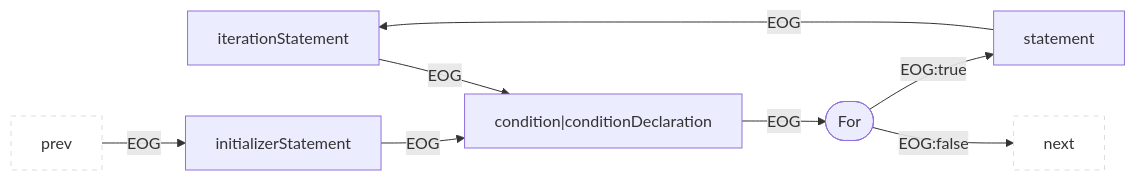
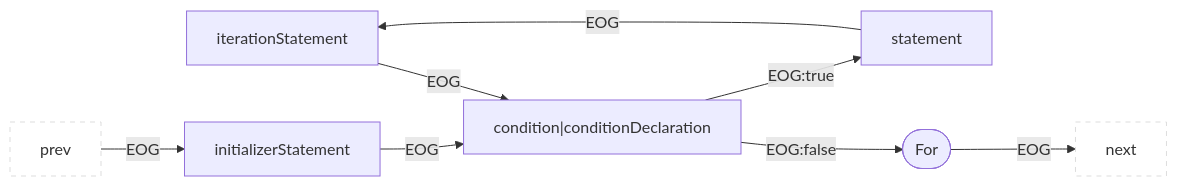
Diagram 38 of 49 in docs/docs/CPG/specs/eog.md (Fraunhofer-AISEC/cpg), drawn with Mermaid before and after one commit. The commit also changed other lines of this file, not shown here.

Commit message:
Adapt specification for EOG

````diff
--- a/docs/docs/CPG/specs/eog.md
+++ b/docs/docs/CPG/specs/eog.md
@@ -759,11 +759,11 @@
 ```mermaid
 flowchart LR
   classDef outer fill:#fff,stroke:#ddd,stroke-dasharray:5 5;
   iteration --EOG--> condition
   statement --EOG--> iteration["iterationStatement"]
   prev:::outer --EOG--> initializer["initializerStatement"]
-  parent --EOG:false--> next:::outer
   initializer --EOG--> condition["condition|conditionDeclaration"]
-  condition --EOG--> parent
-  parent(["For"]) --EOG:true--> statement["statement"]
+  condition --EOG:false--> parent(["For"])
+  condition --EOG:true--> statement["statement"]
+  parent --EOG--> next:::outer
 ```
````
